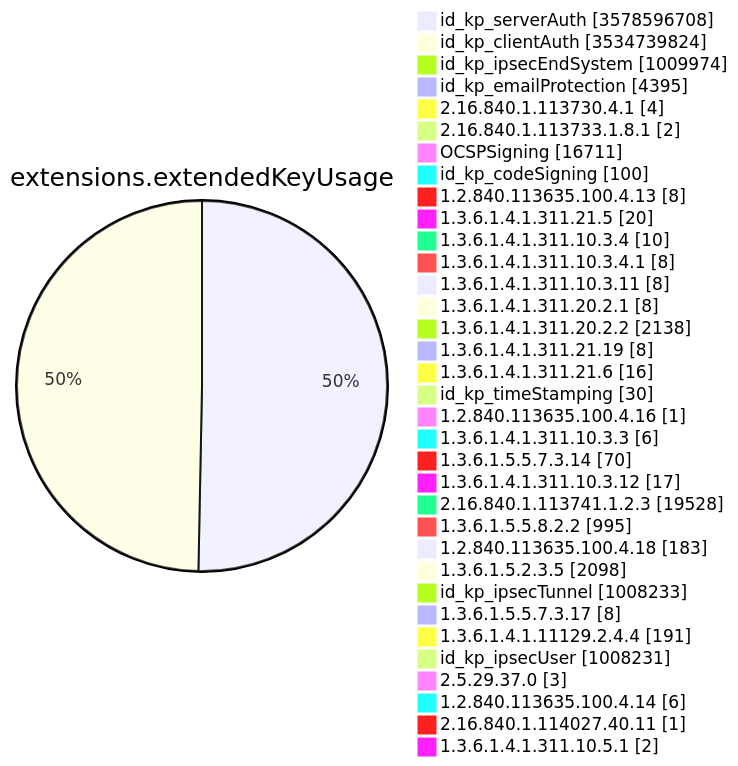
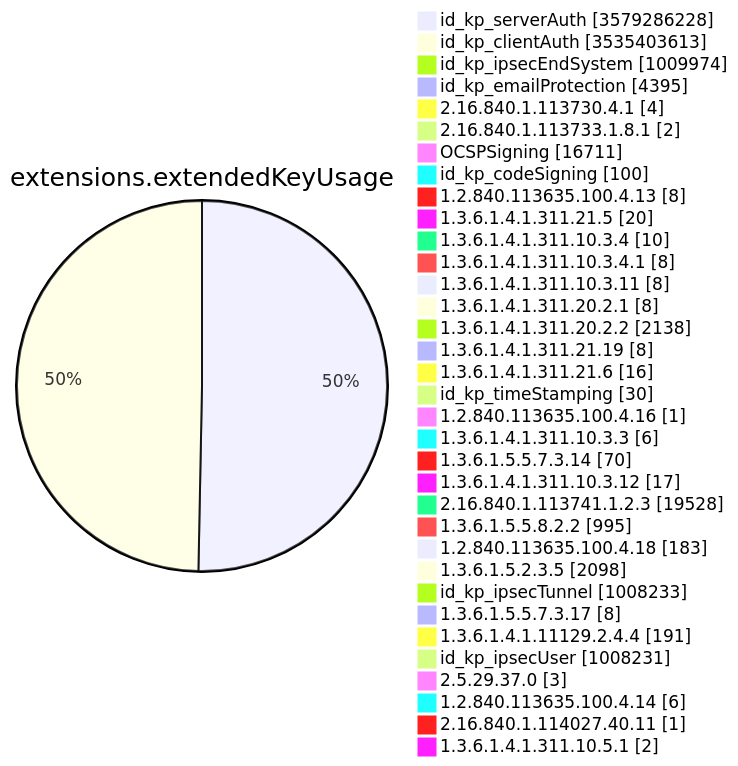
Diagram 11 of 15 in TOTAL/README.md (christiankrug/ctmonitor_visualization), drawn with Mermaid before and after one commit. The commit also changed other lines of this file, not shown here.

````diff
--- a/TOTAL/README.md
+++ b/TOTAL/README.md
@@ -4128,38 +4128,38 @@
 ```mermaid
 pie showData
 title extensions.extendedKeyUsage
-"id_kp_serverAuth" :3578596708
-"id_kp_clientAuth" :3534739824
+"id_kp_serverAuth" :3579286228
+"id_kp_clientAuth" :3535403613
 "id_kp_ipsecEndSystem" :1009974
 "id_kp_emailProtection" :4395
 "2.16.840.1.113730.4.1" :4
 "2.16.840.1.113733.1.8.1" :2
 "OCSPSigning" :16711
 "id_kp_codeSigning" :100
 "1.2.840.113635.100.4.13" :8
 "1.3.6.1.4.1.311.21.5" :20
 "1.3.6.1.4.1.311.10.3.4" :10
 "1.3.6.1.4.1.311.10.3.4.1" :8
 "1.3.6.1.4.1.311.10.3.11" :8
 "1.3.6.1.4.1.311.20.2.1" :8
 "1.3.6.1.4.1.311.20.2.2" :2138
 "1.3.6.1.4.1.311.21.19" :8
 "1.3.6.1.4.1.311.21.6" :16
 "id_kp_timeStamping" :30
 "1.2.840.113635.100.4.16" :1
 "1.3.6.1.4.1.311.10.3.3" :6
 "1.3.6.1.5.5.7.3.14" :70
 "1.3.6.1.4.1.311.10.3.12" :17
 "2.16.840.1.113741.1.2.3" :19528
 "1.3.6.1.5.5.8.2.2" :995
 "1.2.840.113635.100.4.18" :183
 "1.3.6.1.5.2.3.5" :2098
 "id_kp_ipsecTunnel" :1008233
 "1.3.6.1.5.5.7.3.17" :8
 "1.3.6.1.4.1.11129.2.4.4" :191
 "id_kp_ipsecUser" :1008231
 "2.5.29.37.0" :3
 "1.2.840.113635.100.4.14" :6
 "2.16.840.1.114027.40.11" :1
 "1.3.6.1.4.1.311.10.5.1" :2
 ```
````
